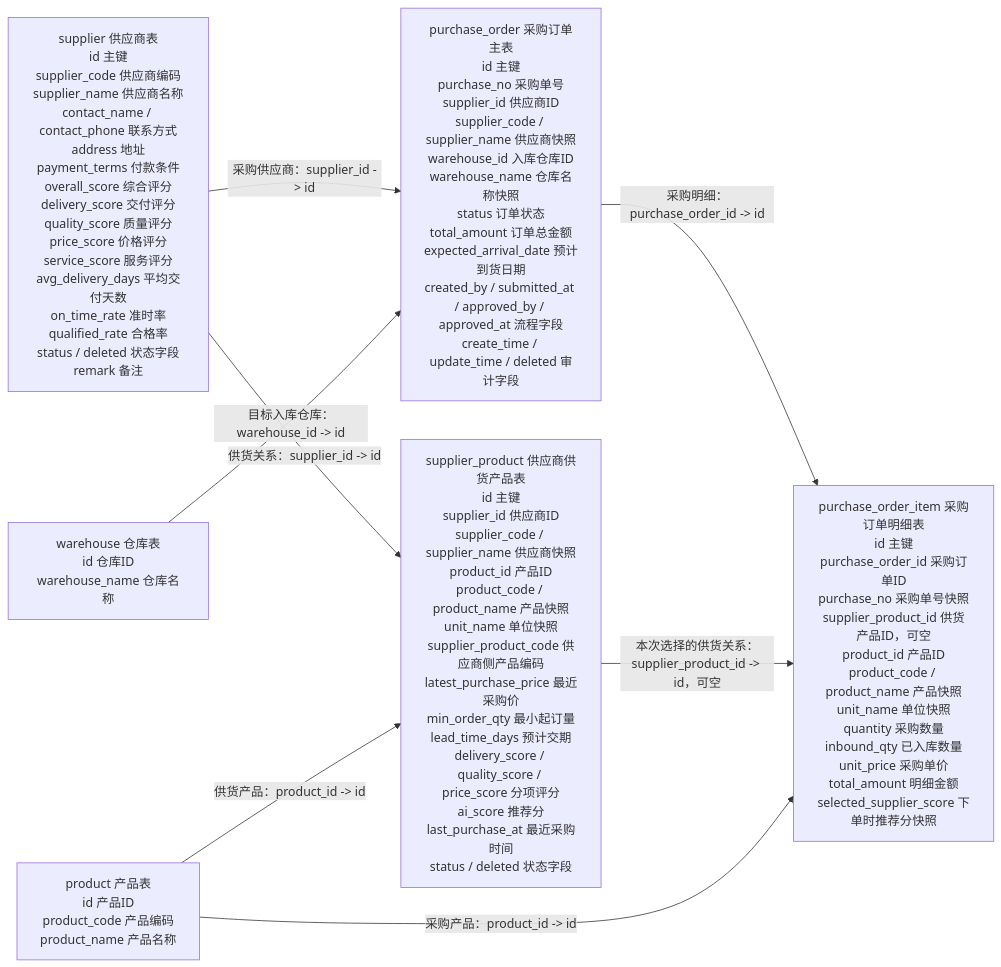
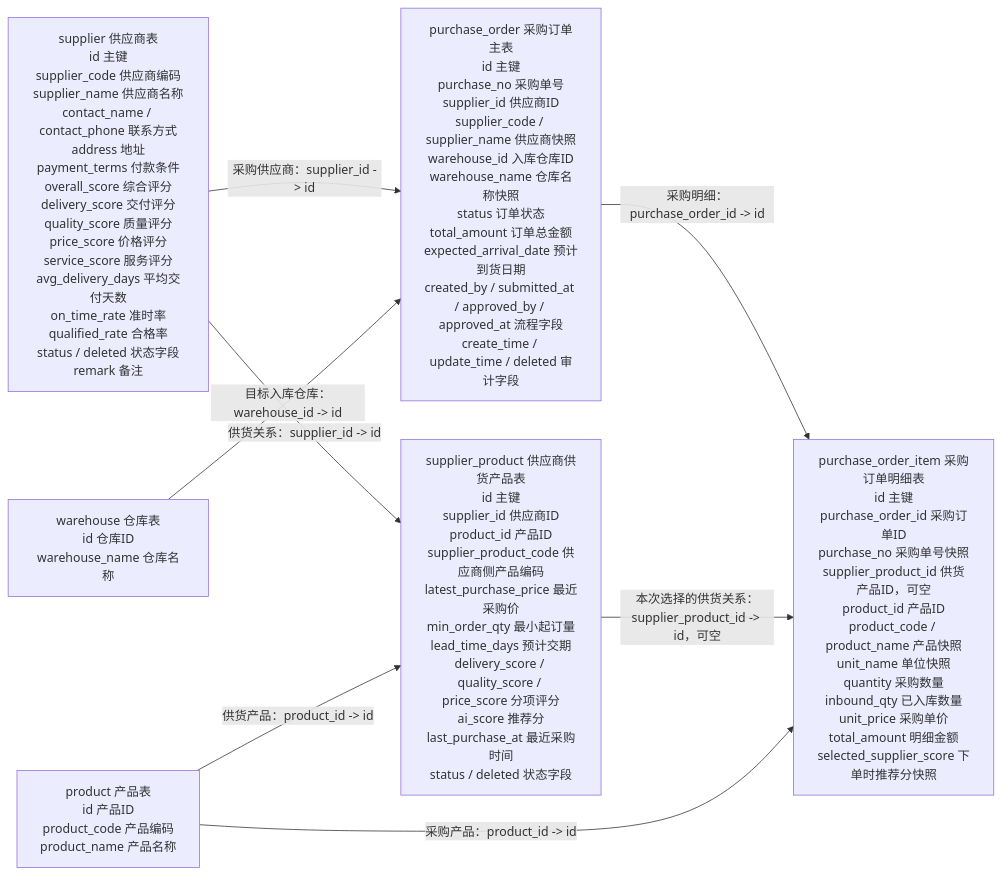
The eighth of 11 diagrams in docs/database/mvp-database-design-overview.md (LI-S-H/qiheng-erp), drawn with Mermaid before and after one commit. The commit also changed other lines of this file and 30 other files, not shown here.

````diff
--- a/docs/database/mvp-database-design-overview.md
+++ b/docs/database/mvp-database-design-overview.md
@@ -763,17 +763,17 @@
 ```mermaid
 flowchart LR
     supplier["supplier 供应商表<br/>id 主键<br/>supplier_code 供应商编码<br/>supplier_name 供应商名称<br/>contact_name / contact_phone 联系方式<br/>address 地址<br/>payment_terms 付款条件<br/>overall_score 综合评分<br/>delivery_score 交付评分<br/>quality_score 质量评分<br/>price_score 价格评分<br/>service_score 服务评分<br/>avg_delivery_days 平均交付天数<br/>on_time_rate 准时率<br/>qualified_rate 合格率<br/>status / deleted 状态字段<br/>remark 备注"]
-    supplierProduct["supplier_product 供应商供货产品表<br/>id 主键<br/>supplier_id 供应商ID<br/>supplier_code / supplier_name 供应商快照<br/>product_id 产品ID<br/>product_code / product_name 产品快照<br/>unit_name 单位快照<br/>supplier_product_code 供应商侧产品编码<br/>latest_purchase_price 最近采购价<br/>min_order_qty 最小起订量<br/>lead_time_days 预计交期<br/>delivery_score / quality_score / price_score 分项评分<br/>ai_score 推荐分<br/>last_purchase_at 最近采购时间<br/>status / deleted 状态字段"]
+    supplierProduct["supplier_product 供应商供货产品表<br/>id 主键<br/>supplier_id 供应商ID<br/>product_id 产品ID<br/>supplier_product_code 供应商侧产品编码<br/>latest_purchase_price 最近采购价<br/>min_order_qty 最小起订量<br/>lead_time_days 预计交期<br/>delivery_score / quality_score / price_score 分项评分<br/>ai_score 推荐分<br/>last_purchase_at 最近采购时间<br/>status / deleted 状态字段"]
     purchaseOrder["purchase_order 采购订单主表<br/>id 主键<br/>purchase_no 采购单号<br/>supplier_id 供应商ID<br/>supplier_code / supplier_name 供应商快照<br/>warehouse_id 入库仓库ID<br/>warehouse_name 仓库名称快照<br/>status 订单状态<br/>total_amount 订单总金额<br/>expected_arrival_date 预计到货日期<br/>created_by / submitted_at / approved_by / approved_at 流程字段<br/>create_time / update_time / deleted 审计字段"]
     purchaseItem["purchase_order_item 采购订单明细表<br/>id 主键<br/>purchase_order_id 采购订单ID<br/>purchase_no 采购单号快照<br/>supplier_product_id 供货产品ID，可空<br/>product_id 产品ID<br/>product_code / product_name 产品快照<br/>unit_name 单位快照<br/>quantity 采购数量<br/>inbound_qty 已入库数量<br/>unit_price 采购单价<br/>total_amount 明细金额<br/>selected_supplier_score 下单时推荐分快照"]
     productRef["product 产品表<br/>id 产品ID<br/>product_code 产品编码<br/>product_name 产品名称"]
     warehouseRef["warehouse 仓库表<br/>id 仓库ID<br/>warehouse_name 仓库名称"]
 
     supplier -->|"供货关系：supplier_id -> id"| supplierProduct
     productRef -->|"供货产品：product_id -> id"| supplierProduct
     supplier -->|"采购供应商：supplier_id -> id"| purchaseOrder
     warehouseRef -->|"目标入库仓库：warehouse_id -> id"| purchaseOrder
     purchaseOrder -->|"采购明细：purchase_order_id -> id"| purchaseItem
     supplierProduct -->|"本次选择的供货关系：supplier_product_id -> id，可空"| purchaseItem
     productRef -->|"采购产品：product_id -> id"| purchaseItem
 ```
````
